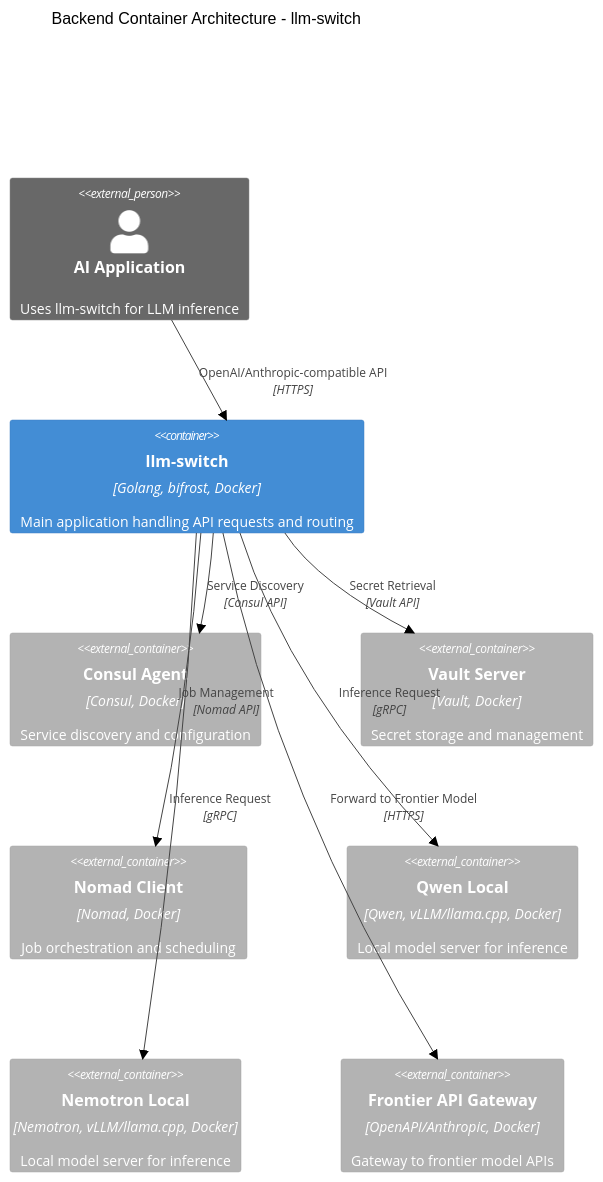
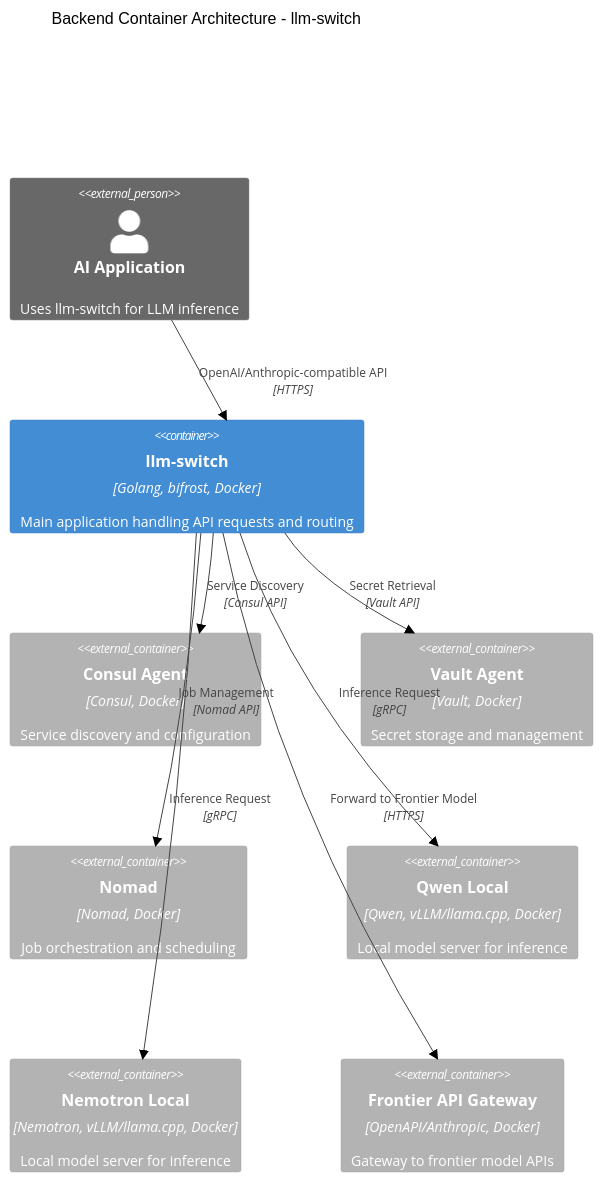
The diagram in knowledge/architecture/backend/c2-container.md (geraldthewes/llm-switch), drawn with Mermaid (neutral theme) before and after one commit. The commit also changed other lines of this file and 6 other files, not shown here.

Commit message:
Generator pass 5 - sprint 4 (Backend / Orchestration Container)

````diff
--- a/knowledge/architecture/backend/c2-container.md
+++ b/knowledge/architecture/backend/c2-container.md
@@ -13,20 +13,20 @@
 ```mermaid
 C4Container
     title Backend Container Architecture - llm-switch
     Person_Ext(ai_app, "AI Application", "Uses llm-switch for LLM inference")
     Container(llm_switch, "llm-switch", "Golang, bifrost, Docker", "Main application handling API requests and routing")
     Container_Ext(consul_agent, "Consul Agent", "Consul, Docker", "Service discovery and configuration")
-    Container_Ext(vault_server, "Vault Server", "Vault, Docker", "Secret storage and management")
-    Container_Ext(nomad_client, "Nomad Client", "Nomad, Docker", "Job orchestration and scheduling")
+    Container_Ext(vault_agent, "Vault Agent", "Vault, Docker", "Secret storage and management")
+    Container_Ext(nomad, "Nomad", "Nomad, Docker", "Job orchestration and scheduling")
     Container_Ext(qwen_local, "Qwen Local", "Qwen, vLLM/llama.cpp, Docker", "Local model server for inference")
     Container_Ext(nemotron_local, "Nemotron Local", "Nemotron, vLLM/llama.cpp, Docker", "Local model server for inference")
     Container_Ext(frontier_api_gateway, "Frontier API Gateway", "OpenAPI/Anthropic, Docker", "Gateway to frontier model APIs")
     Rel(ai_app, llm_switch, "OpenAI/Anthropic-compatible API", "HTTPS")
     Rel(llm_switch, consul_agent, "Service Discovery", "Consul API")
-    Rel(llm_switch, vault_server, "Secret Retrieval", "Vault API")
-    Rel(llm_switch, nomad_client, "Job Management", "Nomad API")
+    Rel(llm_switch, vault_agent, "Secret Retrieval", "Vault API")
+    Rel(llm_switch, nomad, "Job Management", "Nomad API")
     Rel(llm_switch, qwen_local, "Inference Request", "gRPC")
     Rel(llm_switch, nemotron_local, "Inference Request", "gRPC")
     Rel(llm_switch, frontier_api_gateway, "Forward to Frontier Model", "HTTPS")
     UpdateLayoutConfig($c4ShapeInRow="3", $c4BoundaryInRow="1")
 ```
````
